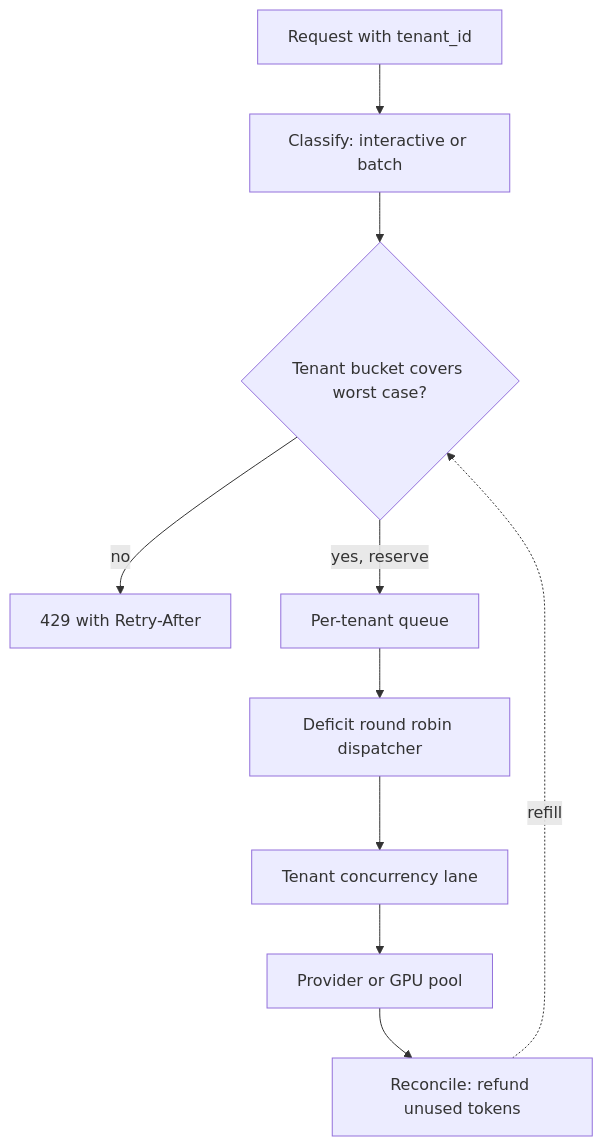
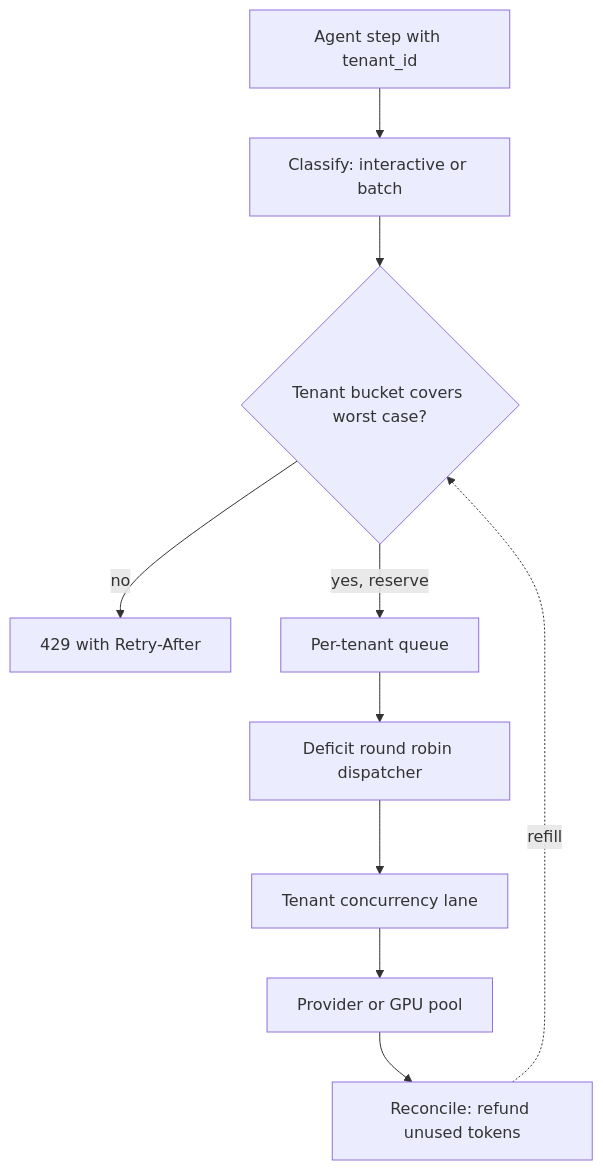
The diagram in content/reliability/tenant-level-quotas-and-noisy-neighbor-isolation.md (lovishmahajan97/agentic-learning), drawn with Mermaid before and after one commit. The commit also changed other lines of this file and 485 other files, not shown here.

````diff
--- a/content/reliability/tenant-level-quotas-and-noisy-neighbor-isolation.md
+++ b/content/reliability/tenant-level-quotas-and-noisy-neighbor-isolation.md
@@ -129,12 +148,12 @@
 ```mermaid
 flowchart TD
-    R["Request with tenant_id"] --> C["Classify: interactive or batch"]
+    R["Agent step with tenant_id"] --> C["Classify: interactive or batch"]
     C --> B{"Tenant bucket covers worst case?"}
     B -->|"no"| E["429 with Retry-After"]
     B -->|"yes, reserve"| Q["Per-tenant queue"]
     Q --> D["Deficit round robin dispatcher"]
     D --> L["Tenant concurrency lane"]
     L --> P["Provider or GPU pool"]
     P --> RC["Reconcile: refund unused tokens"]
     RC -.->|"refill"| B
 ```
````
